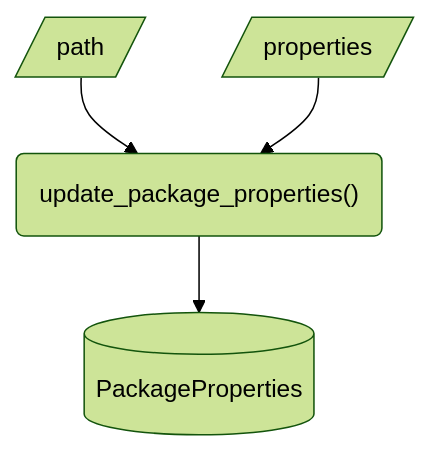
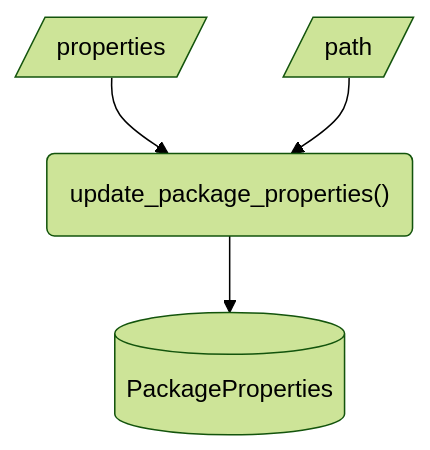
One commit to seedcase-project/seedcase-sprout changed the third of 10 diagrams in docs/design/interface/functions.qmd. Above: the diagram before and after it, drawn with Mermaid (forest theme). The commit also changed other lines of this file and 1 other file, not shown here.

Commit message:
docs: :building_construction: updates to match pseudocode and flows

````diff
--- a/docs/design/interface/functions.qmd
+++ b/docs/design/interface/functions.qmd
@@ -93,10 +93,10 @@
 ```{mermaid}
 flowchart
+    in_properties[/properties/]
     in_path[/path/]
-    in_properties[/properties/]
     function("update_package_properties()")
     out[("PackageProperties")]
+    in_properties --> function
     in_path --> function
-    in_properties --> function
     function --> out
 ```
````
